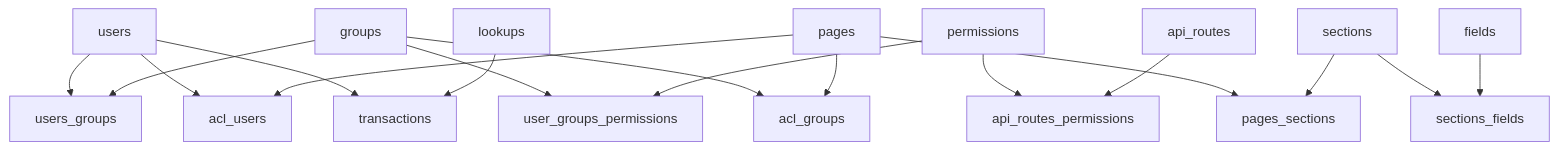
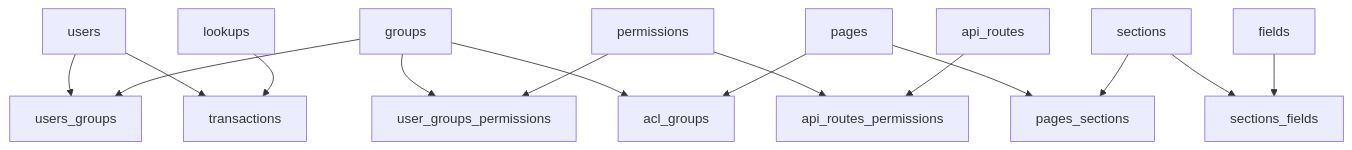
One commit to humdek-unibe-ch/sh-selfhelp_backend changed the second of 2 diagrams in docs/developer/04-database-design.md. Above: the diagram before and after it, drawn with Mermaid. The commit also changed other lines of this file and 12 other files, not shown here.

First line of the commit message:
Remove acl_users table and related code - ACLs now handle only frontend view for groups

````diff
--- a/docs/developer/04-database-design.md
+++ b/docs/developer/04-database-design.md
@@ -748,22 +730,20 @@
 ```mermaid
 graph TD
     A[users] --> B[users_groups]
     C[groups] --> B
     C --> D[user_groups_permissions]
     E[permissions] --> D
     E --> F[api_routes_permissions]
     G[api_routes] --> F
     
     H[pages] --> I[pages_sections]
     J[sections] --> I
     J --> K[sections_fields]
     L[fields] --> K
     
-    A --> M[acl_users]
-    H --> M
     C --> N[acl_groups]
     H --> N
     
     A --> O[transactions]
     P[lookups] --> O
 ```
````
